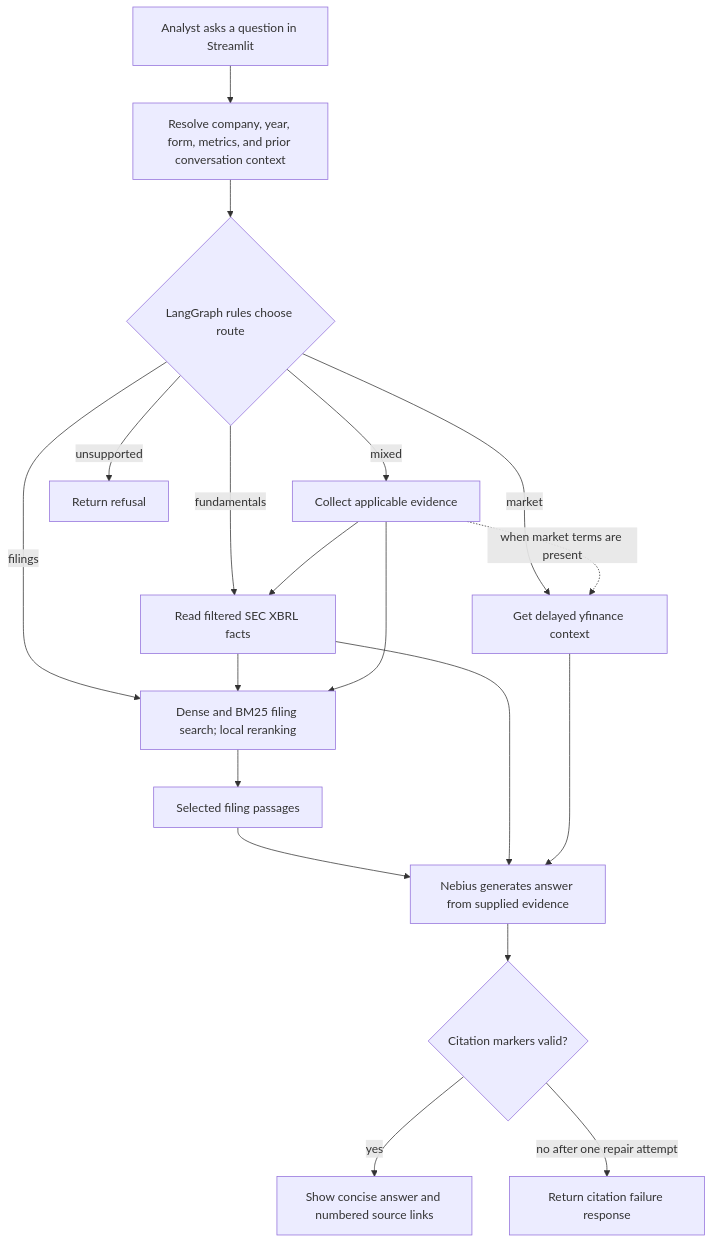
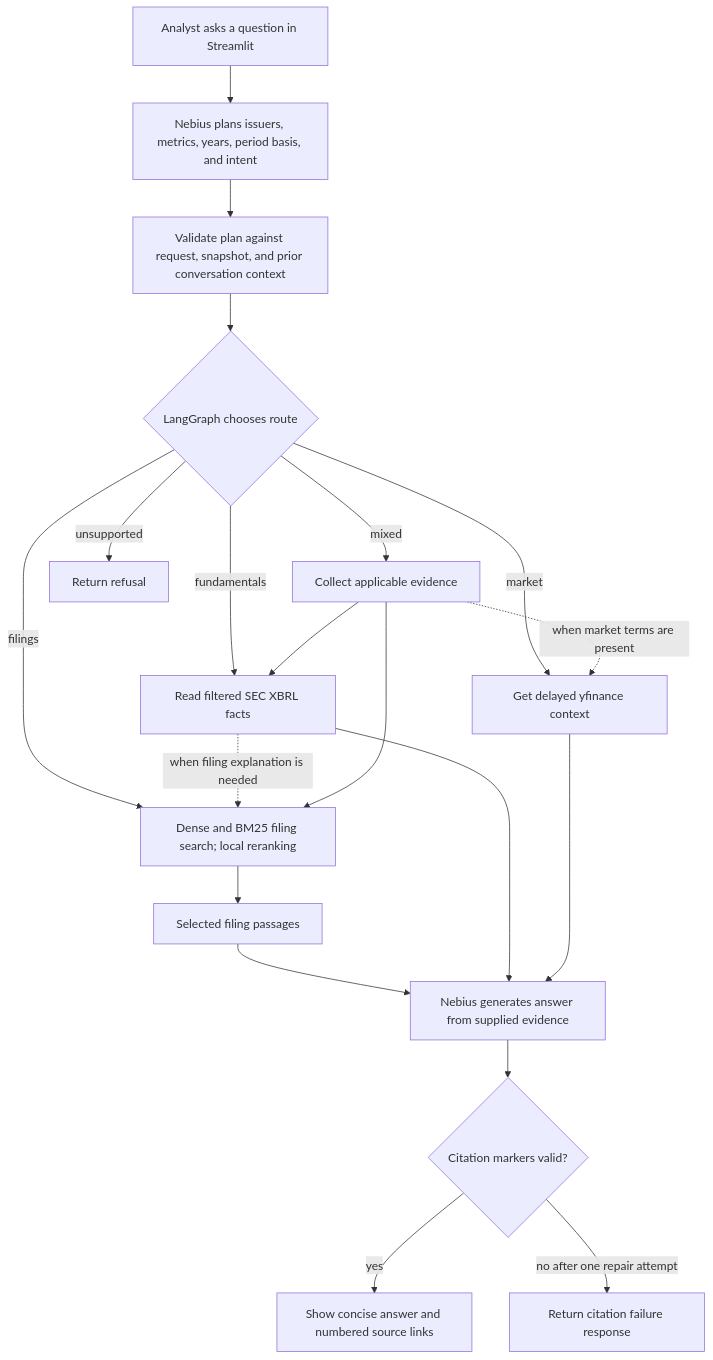
The first of 3 diagrams in docs/PROJECT_DOCUMENTATION.md (marun32/sec-financial-research-terminal), drawn with Mermaid before and after one commit. The commit also changed other lines of this file and 28 other files, not shown here.

````diff
--- a/docs/PROJECT_DOCUMENTATION.md
+++ b/docs/PROJECT_DOCUMENTATION.md
@@ -101,21 +102,22 @@
 ```mermaid
 flowchart TD
-    Q[Analyst asks a question in Streamlit] --> C[Resolve company, year, form, metrics, and prior conversation context]
-    C --> R{LangGraph rules choose route}
+    Q[Analyst asks a question in Streamlit] --> P[Nebius plans issuers, metrics, years, period basis, and intent]
+    P --> C[Validate plan against request, snapshot, and prior conversation context]
+    C --> R{LangGraph chooses route}
     R -->|market| M[Get delayed yfinance context]
     R -->|fundamentals| X[Read filtered SEC XBRL facts]
     R -->|filings| H[Dense and BM25 filing search; local reranking]
     R -->|mixed| XM[Collect applicable evidence]
     R -->|unsupported| U[Return refusal]
-    X --> H
+    X -. when filing explanation is needed .-> H
     XM --> X
     XM --> H
     XM -. when market terms are present .-> M
     H --> E[Selected filing passages]
     E --> G[Nebius generates answer from supplied evidence]
     X --> G
     M --> G
     G --> V{Citation markers valid?}
     V -->|yes| A[Show concise answer and numbered source links]
     V -->|no after one repair attempt| N[Return citation failure response]
 ```
````
